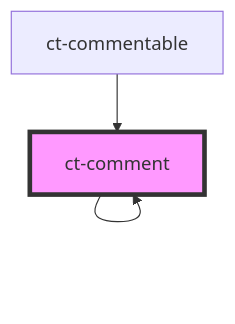
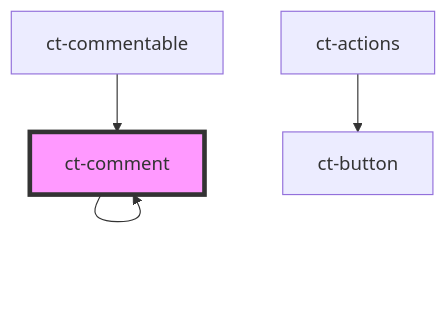
Before and after one commit to netguru/commentable-js: the diagram in src/components/comment/readme.md, drawn with Mermaid. The commit also changed other lines of this file and 51 other files, not shown here.

````diff
--- a/src/components/comment/readme.md
+++ b/src/components/comment/readme.md
@@ -30,6 +33,7 @@
 ```mermaid
 graph TD;
   ct-comment --> ct-comment
+  ct-actions --> ct-button
   ct-commentable --> ct-comment
   style ct-comment fill:#f9f,stroke:#333,stroke-width:4px
 ```
````
